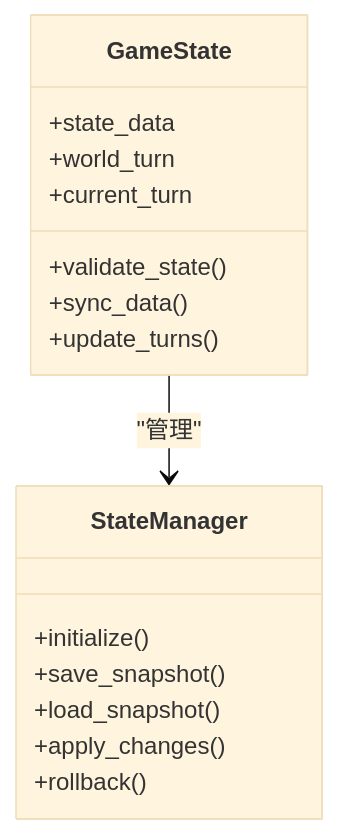
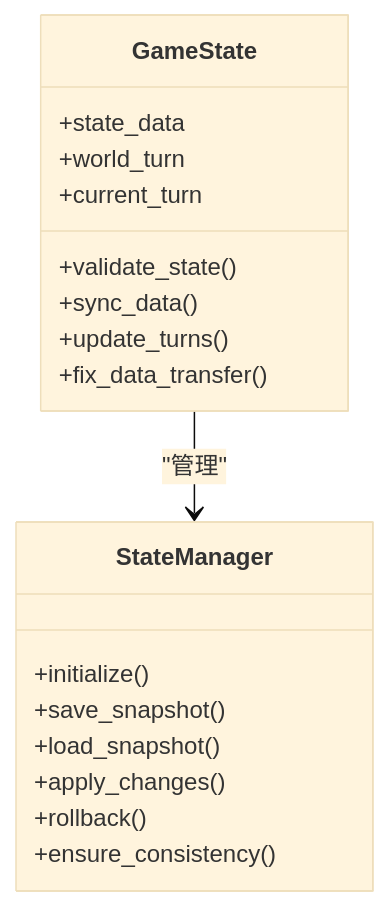
One commit to Ivandanslespace/thegreatnovel changed the eighth of 15 diagrams in .qoder/repowiki/zh/content/运行时系统/运行时核心.md. Above: the diagram before and after it, drawn with Mermaid (base theme). The commit also changed other lines of this file and 31 other files, not shown here.

````diff
--- a/.qoder/repowiki/zh/content/运行时系统/运行时核心.md
+++ b/.qoder/repowiki/zh/content/运行时系统/运行时核心.md
@@ -323,19 +544,21 @@
 ```mermaid
 classDiagram
 class GameState {
 +state_data
 +world_turn
 +current_turn
 +validate_state()
 +sync_data()
 +update_turns()
++fix_data_transfer()
 }
 class StateManager {
 +initialize()
 +save_snapshot()
 +load_snapshot()
 +apply_changes()
 +rollback()
++ensure_consistency()
 }
 GameState --> StateManager : "管理"
 ```
````
